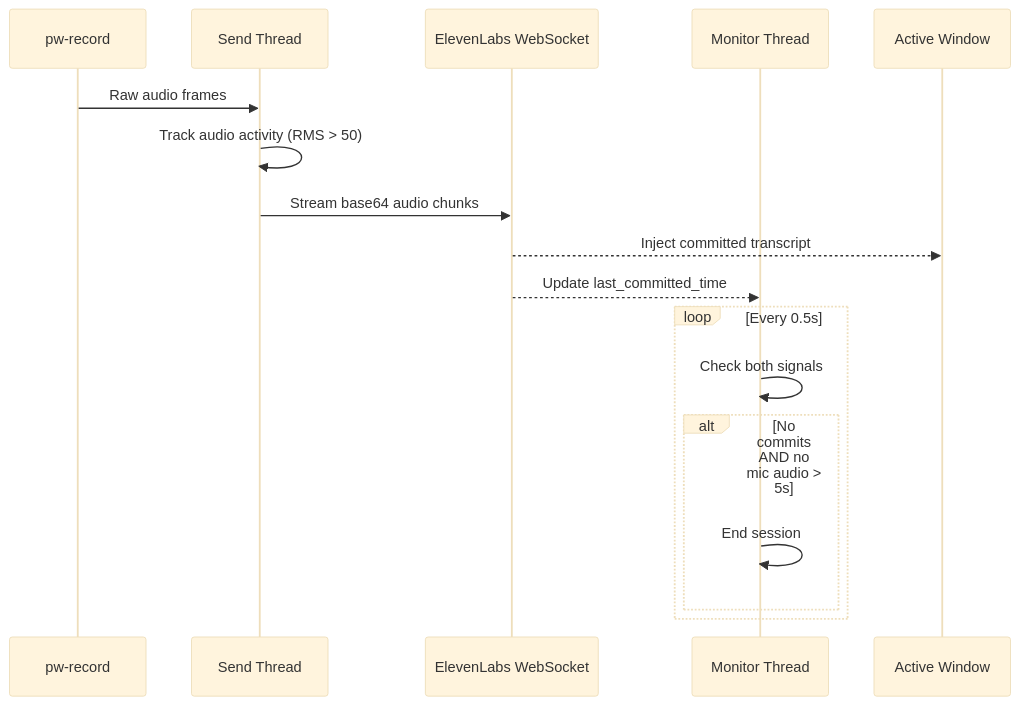
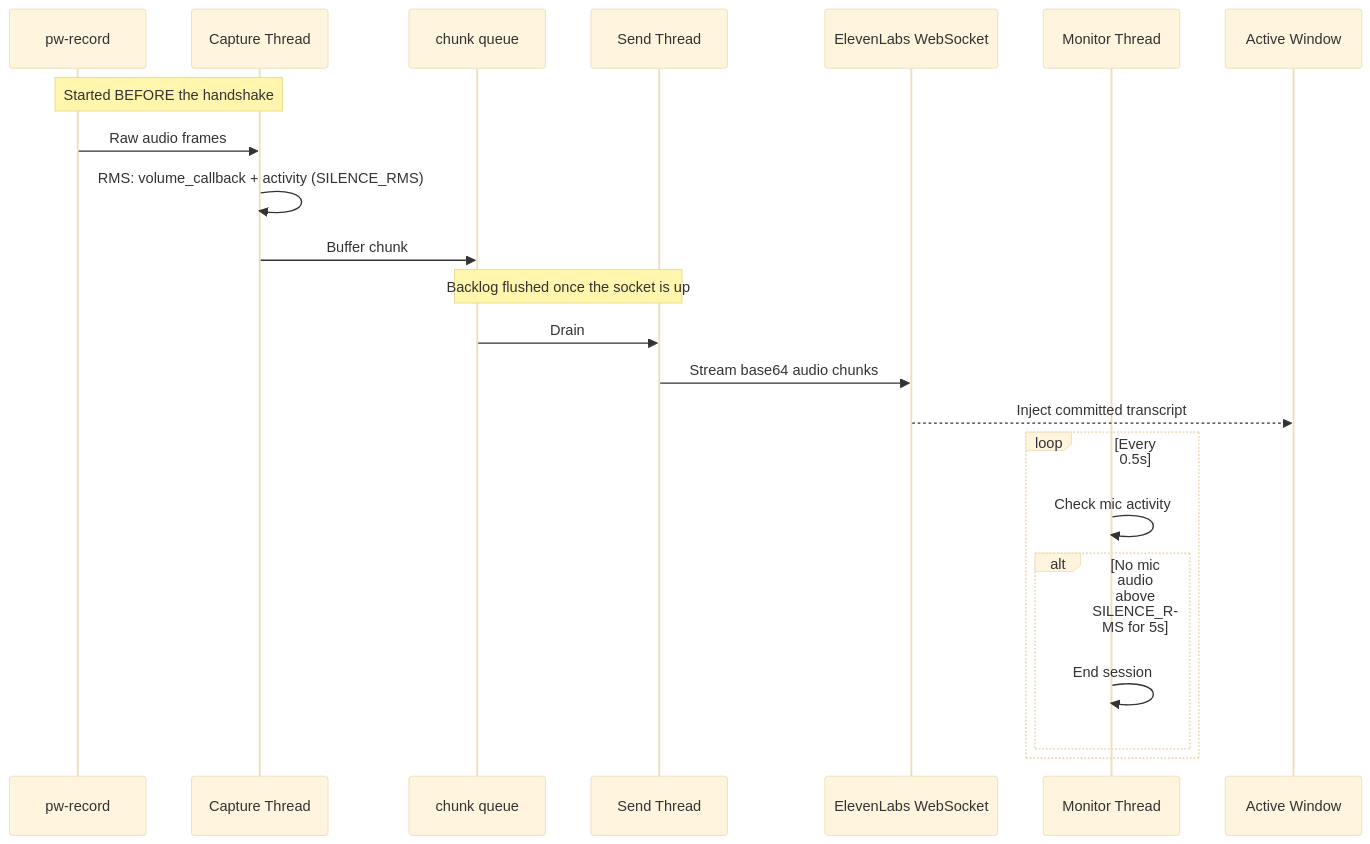
Before and after one commit to lttr/realtime-transcript-linux: the fourth of 5 diagrams in ARCHITECTURE.md, drawn with Mermaid (base theme). The commit also changed other lines of this file and 2 other files, not shown here.

````diff
--- a/ARCHITECTURE.md
+++ b/ARCHITECTURE.md
@@ -88,21 +90,26 @@
 ```mermaid
 sequenceDiagram
     participant Mic as pw-record
+    participant Cap as Capture Thread
+    participant Q as chunk queue
     participant Send as Send Thread
     participant WS as ElevenLabs WebSocket
     participant Mon as Monitor Thread
     participant Win as Active Window
 
-    Mic->>Send: Raw audio frames
-    Send->>Send: Track audio activity (RMS > 50)
+    Note over Mic,Cap: Started BEFORE the handshake
+    Mic->>Cap: Raw audio frames
+    Cap->>Cap: RMS: volume_callback + activity (SILENCE_RMS)
+    Cap->>Q: Buffer chunk
+    Note over Q,Send: Backlog flushed once the socket is up
+    Q->>Send: Drain
     Send->>WS: Stream base64 audio chunks
     WS-->>Win: Inject committed transcript
-    WS-->>Mon: Update last_committed_time
 
     loop Every 0.5s
-        Mon->>Mon: Check both signals
-        alt No commits AND no mic audio > 5s
+        Mon->>Mon: Check mic activity
+        alt No mic audio above SILENCE_RMS for 5s
             Mon->>Mon: End session
         end
     end
 ```
````
